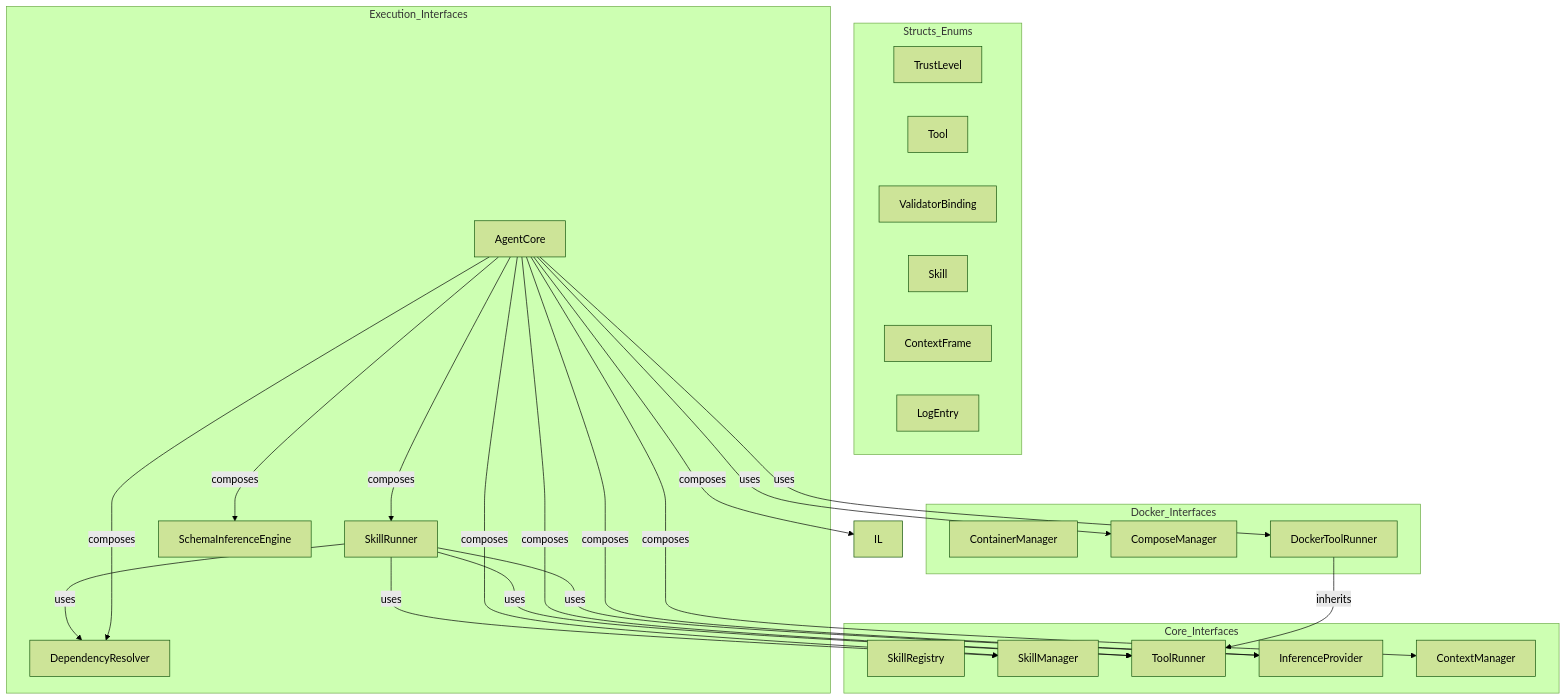
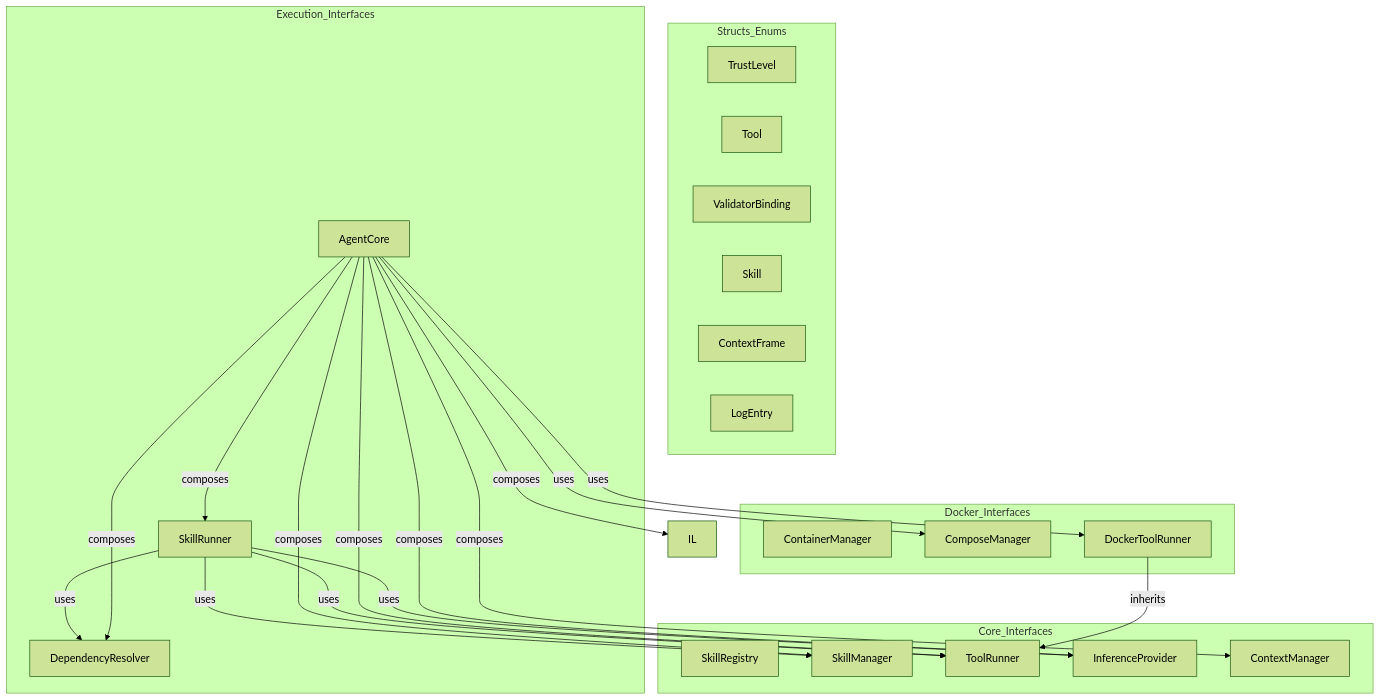
Before and after one commit to opensassi/a0: the first of 2 diagrams in src/agent_interfaces.spec.md, drawn with Mermaid (forest theme). The commit also changed other lines of this file and 47 other files, not shown here.

Commit message:
2026-06-02-a0-architectural-cleanup-1777bba30ffexd2vQv21odnw8j

````diff
--- a/src/agent_interfaces.spec.md
+++ b/src/agent_interfaces.spec.md
@@ -347,48 +334,48 @@
 ```mermaid
 graph TB
     subgraph Structs_Enums
         TL[TrustLevel]
         T[Tool]
         VB[ValidatorBinding]
         S[Skill]
         CF[ContextFrame]
         LE[LogEntry]
     end
 
     subgraph Core_Interfaces
         SKR[SkillRegistry]
         SM[SkillManager]
         TR[ToolRunner]
         IP[InferenceProvider]
         CM[ContextManager]
     end
 
     subgraph Execution_Interfaces
         SR[SkillRunner]
         DR[DependencyResolver]
-        SIE[SchemaInferenceEngine]
+
         AC[AgentCore]
     end
 
     subgraph Docker_Interfaces
         CtrM[ContainerManager]
         CoM[ComposeManager]
         DTR[DockerToolRunner]
     end
 
     DTR -->|inherits| TR
     SR -->|uses| TR
     SR -->|uses| IP
     SR -->|uses| DR
     SR -->|uses| SM
     AC -->|composes| SR
     AC -->|composes| SM
     AC -->|composes| TR
     AC -->|composes| IP
     AC -->|composes| CM
     AC -->|composes| IL
     AC -->|composes| DR
-    AC -->|composes| SIE
+
     AC -->|uses| DTR
     AC -->|uses| CoM
 ```
````
